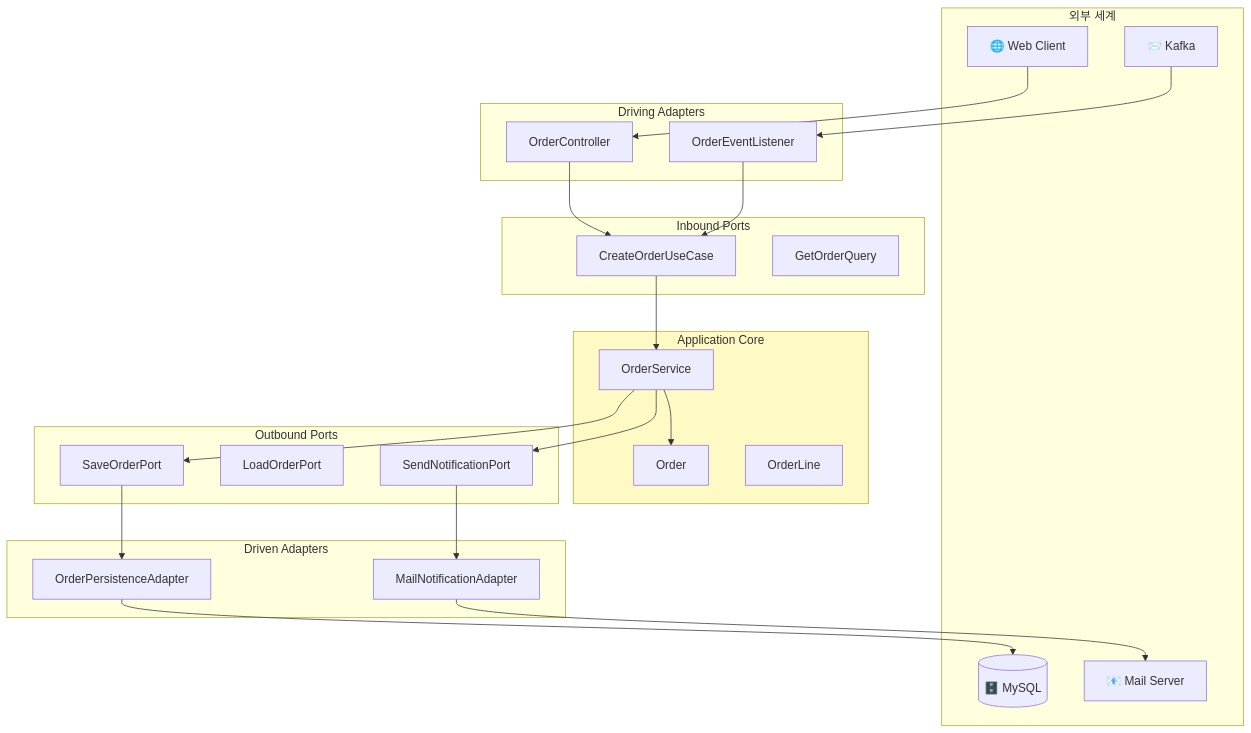
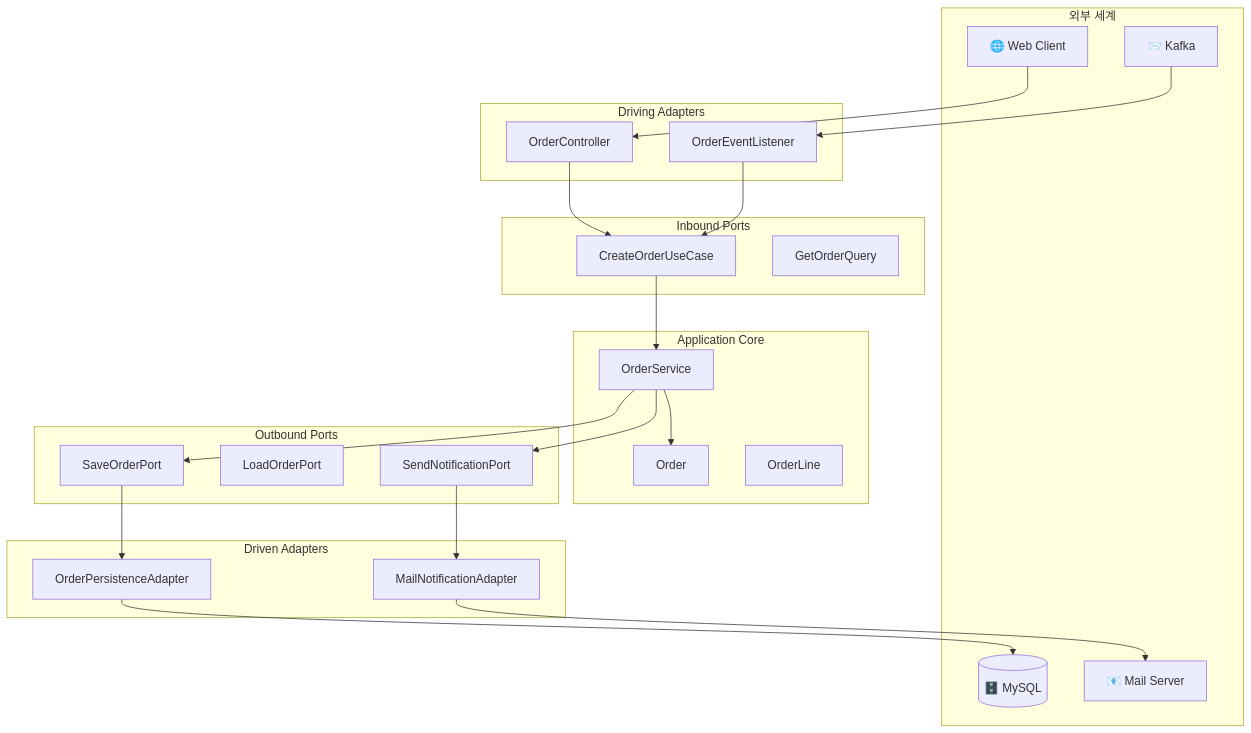
The sixth of 12 diagrams in content/ko/ddd/concepts/hexagonal-architecture.md (advanced-beginner/advanced-beginner.github.io), drawn with Mermaid before and after one commit. The commit also changed other lines of this file and 35 other files, not shown here.

First line of the commit message:
refactor: Mermaid 다이어그램 개선

````diff
--- a/content/ko/ddd/concepts/hexagonal-architecture.md
+++ b/content/ko/ddd/concepts/hexagonal-architecture.md
@@ -216,51 +214,49 @@
 ```mermaid
 flowchart TB
     subgraph External["외부 세계"]
         WEB["🌐 Web Client"]
         MSG["📨 Kafka"]
         DB[(🗄️ MySQL)]
         MAIL["📧 Mail Server"]
     end
 
     subgraph DrivingAdapters["Driving Adapters"]
         WA["OrderController"]
         MA["OrderEventListener"]
     end
 
     subgraph InPorts["Inbound Ports"]
         COU["CreateOrderUseCase"]
         GOU["GetOrderQuery"]
     end
 
     subgraph Core["Application Core"]
         OS["OrderService"]
         O["Order"]
         OL["OrderLine"]
     end
 
     subgraph OutPorts["Outbound Ports"]
         SOP["SaveOrderPort"]
         LOP["LoadOrderPort"]
         SNP["SendNotificationPort"]
     end
 
     subgraph DrivenAdapters["Driven Adapters"]
         PA["OrderPersistenceAdapter"]
         NA["MailNotificationAdapter"]
     end
 
     WEB --> WA
     MSG --> MA
     WA --> COU
     MA --> COU
     COU --> OS
     OS --> O
     OS --> SOP
     OS --> SNP
     SOP --> PA
     SNP --> NA
     PA --> DB
     NA --> MAIL
-
-    style Core fill:#fff9c4
 ```
````
